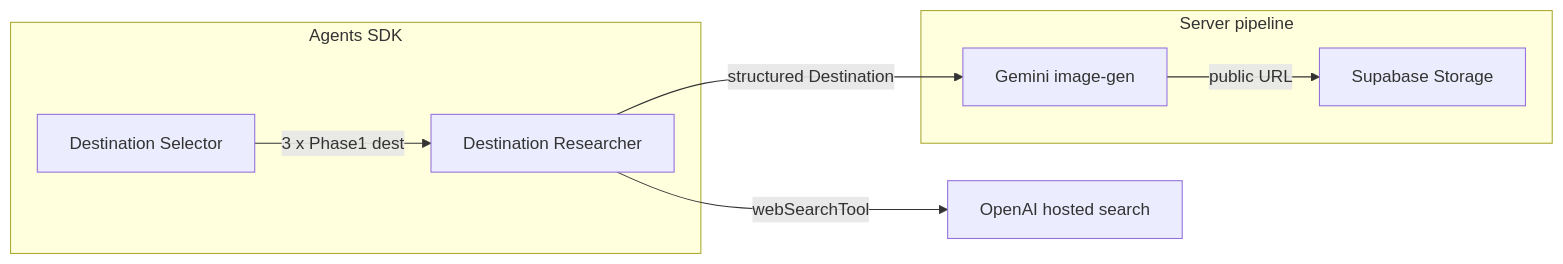
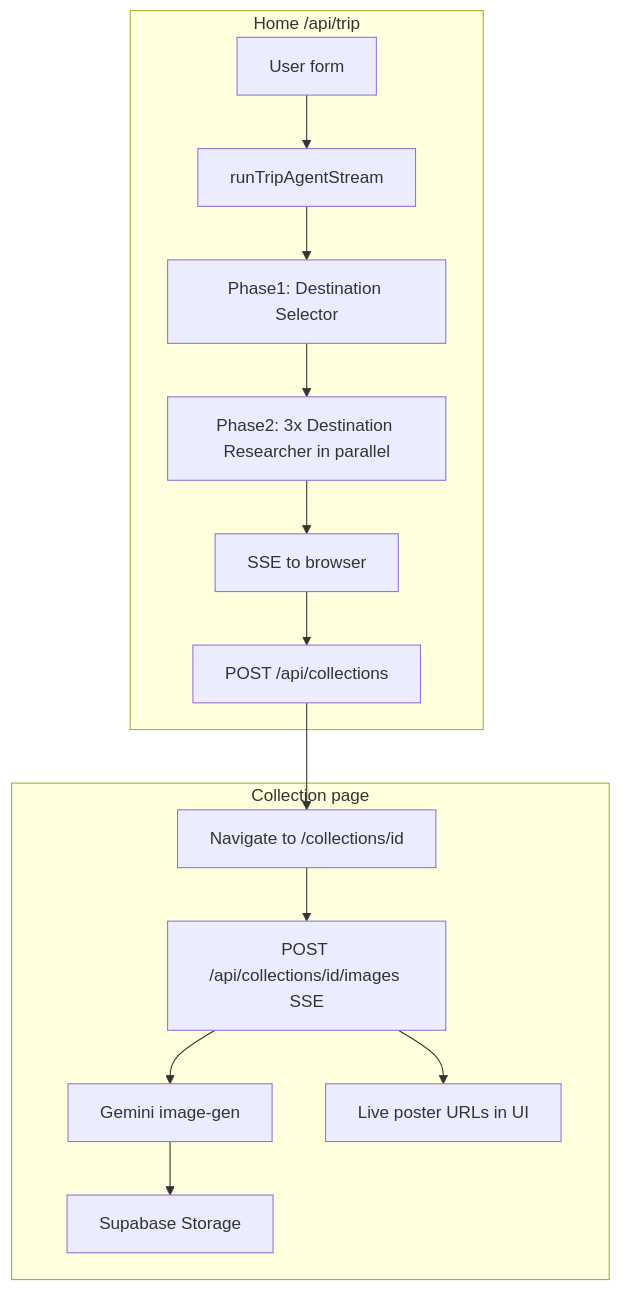
Before and after one commit to Mangesh2004/wanderlust: the diagram in README.md, drawn with Mermaid. The commit also changed other lines of this file and 2 other files, not shown here.

````diff
--- a/README.md
+++ b/README.md
@@ -14,15 +18,22 @@
 ```mermaid
-flowchart LR
-  subgraph agents [Agents SDK]
-    A[Destination Selector]
-    B[Destination Researcher]
+flowchart TB
+  subgraph home [Home /api/trip]
+    U[User form]
+    T[runTripAgentStream]
+    U --> T --> P1[Phase1: Destination Selector]
+    P1 --> P2[Phase2: 3x Destination Researcher in parallel]
+    P2 --> SSE[SSE to browser]
+    SSE --> Save[POST /api/collections]
   end
-  subgraph images [Server pipeline]
-    I[Gemini image-gen]
-    S[Supabase Storage]
+  subgraph coll [Collection page]
+    Nav[Navigate to /collections/id]
+    Img[POST /api/collections/id/images SSE]
+    G[Gemini image-gen]
+    St[Supabase Storage]
+    Nav --> Img
+    Img --> G
+    G --> St
+    Img --> UI[Live poster URLs in UI]
   end
-  A -->|3 x Phase1 dest| B
-  B -->|structured Destination| I
-  I -->|public URL| S
-  B -->|webSearchTool| W[OpenAI hosted search]
+  Save --> Nav
 ```
````
